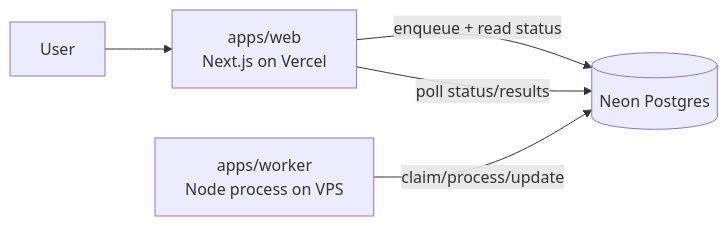
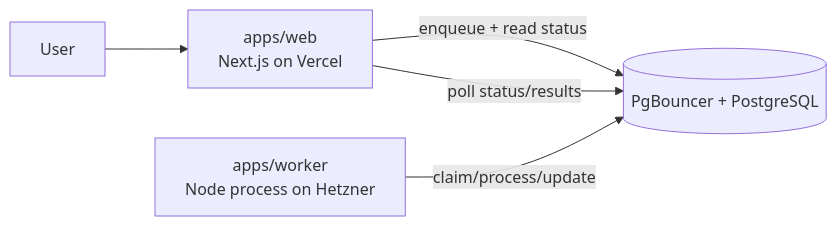
The diagram in README.md (cancel-cloud/WebHealth), drawn with Mermaid before and after one commit. The commit also changed other lines of this file and 48 other files, not shown here.

````diff
--- a/README.md
+++ b/README.md
@@ -11,7 +11,7 @@
 ```mermaid
 flowchart LR
   U[User] --> W[apps/web\nNext.js on Vercel]
-  W -->|enqueue + read status| DB[(Neon Postgres)]
-  WK[apps/worker\nNode process on VPS] -->|claim/process/update| DB
+  W -->|enqueue + read status| DB[(PgBouncer + PostgreSQL)]
+  WK[apps/worker\nNode process on Hetzner] -->|claim/process/update| DB
   W -->|poll status/results| DB
 ```
````
